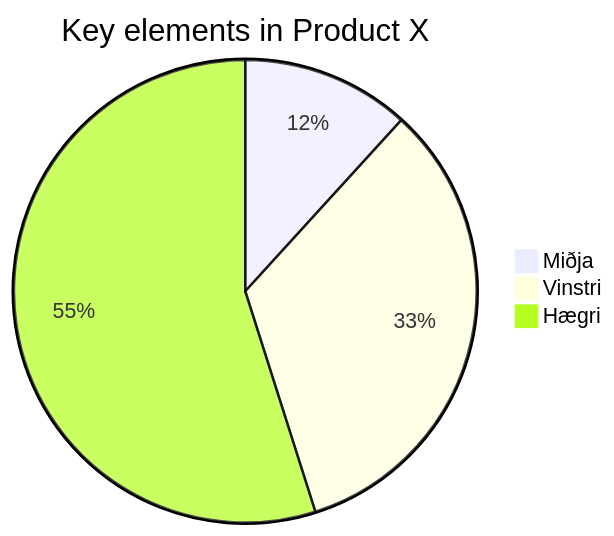
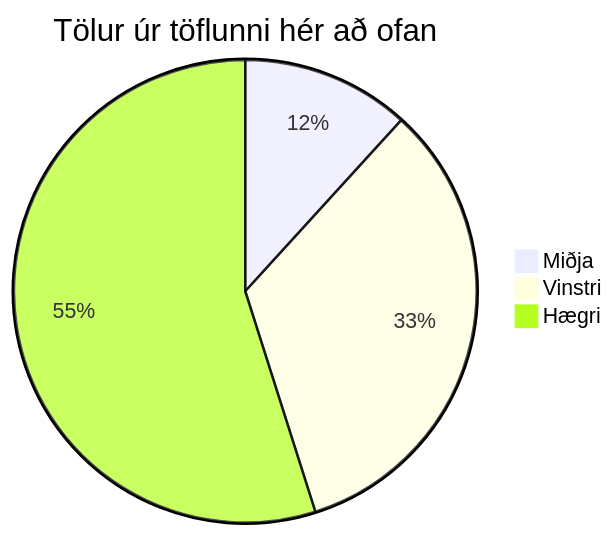
One commit to TheThordis/VESM1KT- changed the diagram in verkefni-1/README.md. Above: the diagram before and after it, drawn with Mermaid.

````diff
--- a/verkefni-1/README.md
+++ b/verkefni-1/README.md
@@ -35,9 +35,8 @@
 ```mermaid
 
 pie title Tölur úr töflunni hér að ofan
-    title Key elements in Product X
     "Miðja" : 12
     "Vinstri" : 34
     "Hægri" : 56
     
 ```
````
